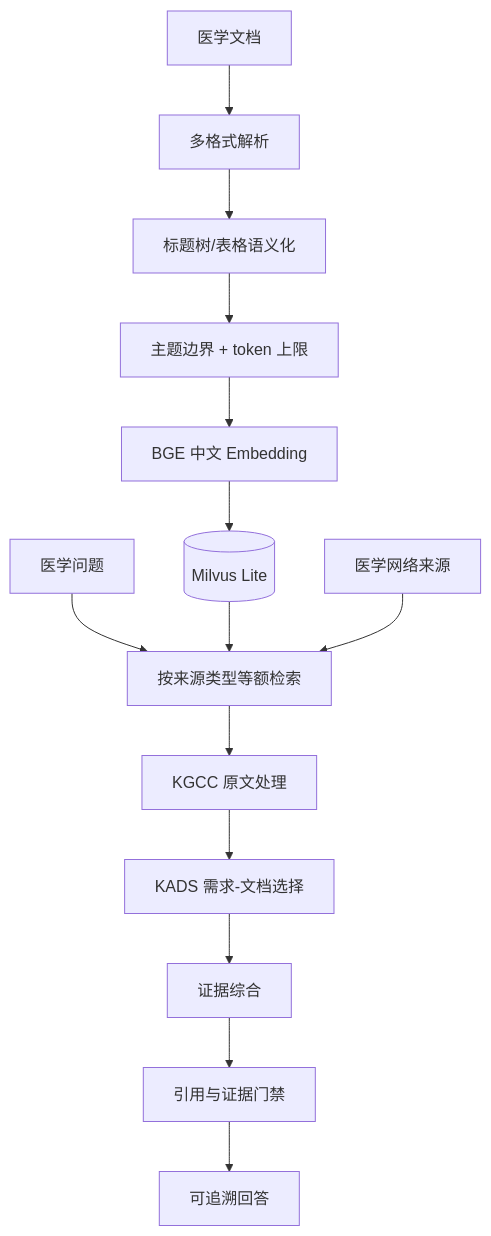
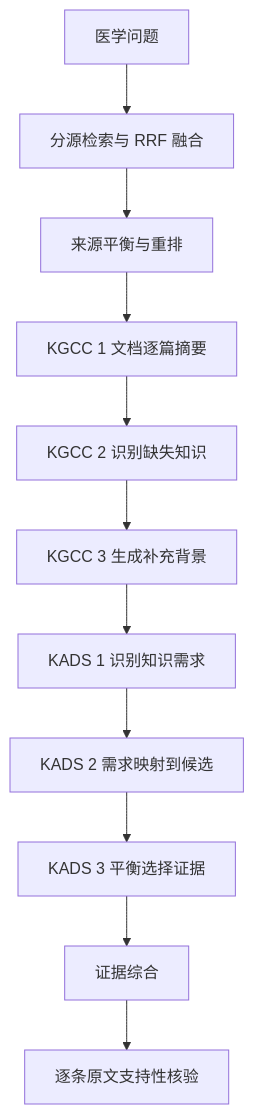
One commit to aizhao/Medix changed the fourth of 4 diagrams in README.md. Above: the diagram before and after it, drawn with Mermaid. The commit also changed other lines of this file and 19 other files, not shown here.

````diff
--- a/README.md
+++ b/README.md
@@ -236,16 +397,13 @@
-~~~mermaid
+```mermaid
 flowchart TD
-    Doc[医学文档] --> Parse[多格式解析]
-    Parse --> Tree[标题树/表格语义化]
-    Tree --> Chunk[主题边界 + token 上限]
-    Chunk --> Embed[BGE 中文 Embedding]
-    Embed --> Store[(Milvus Lite)]
-    Query[医学问题] --> Search[按来源类型等额检索]
-    Store --> Search
-    Web[医学网络来源] --> Search
-    Search --> KGCC[KGCC 原文处理]
-    KGCC --> KADS[KADS 需求-文档选择]
-    KADS --> Synthesis[证据综合]
-    Synthesis --> Gate[引用与证据门禁]
-    Gate --> Answer[可追溯回答]
-~~~
+    Query[医学问题] --> Retrieve[分源检索与 RRF 融合]
+    Retrieve --> Balance[来源平衡与重排]
+    Balance --> Summary[KGCC 1 文档逐篇摘要]
+    Summary --> Missing[KGCC 2 识别缺失知识]
+    Missing --> Generate[KGCC 3 生成补充背景]
+    Generate --> Requirements[KADS 1 识别知识需求]
+    Requirements --> Mapping[KADS 2 需求映射到候选]
+    Mapping --> Selection[KADS 3 平衡选择证据]
+    Selection --> Synthesis[证据综合]
+    Synthesis --> Verify[逐条原文支持性核验]
+```
````
